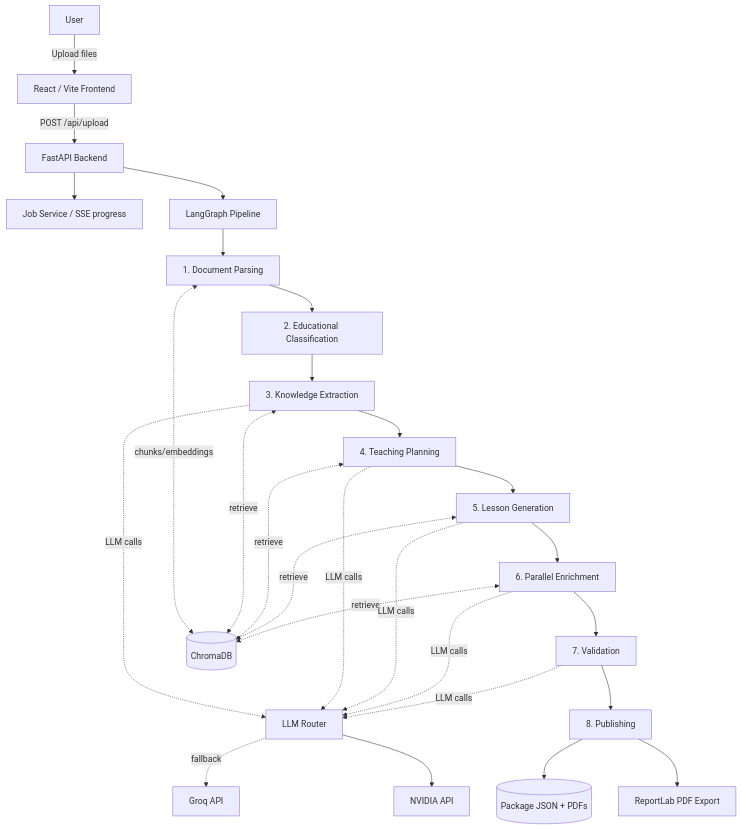
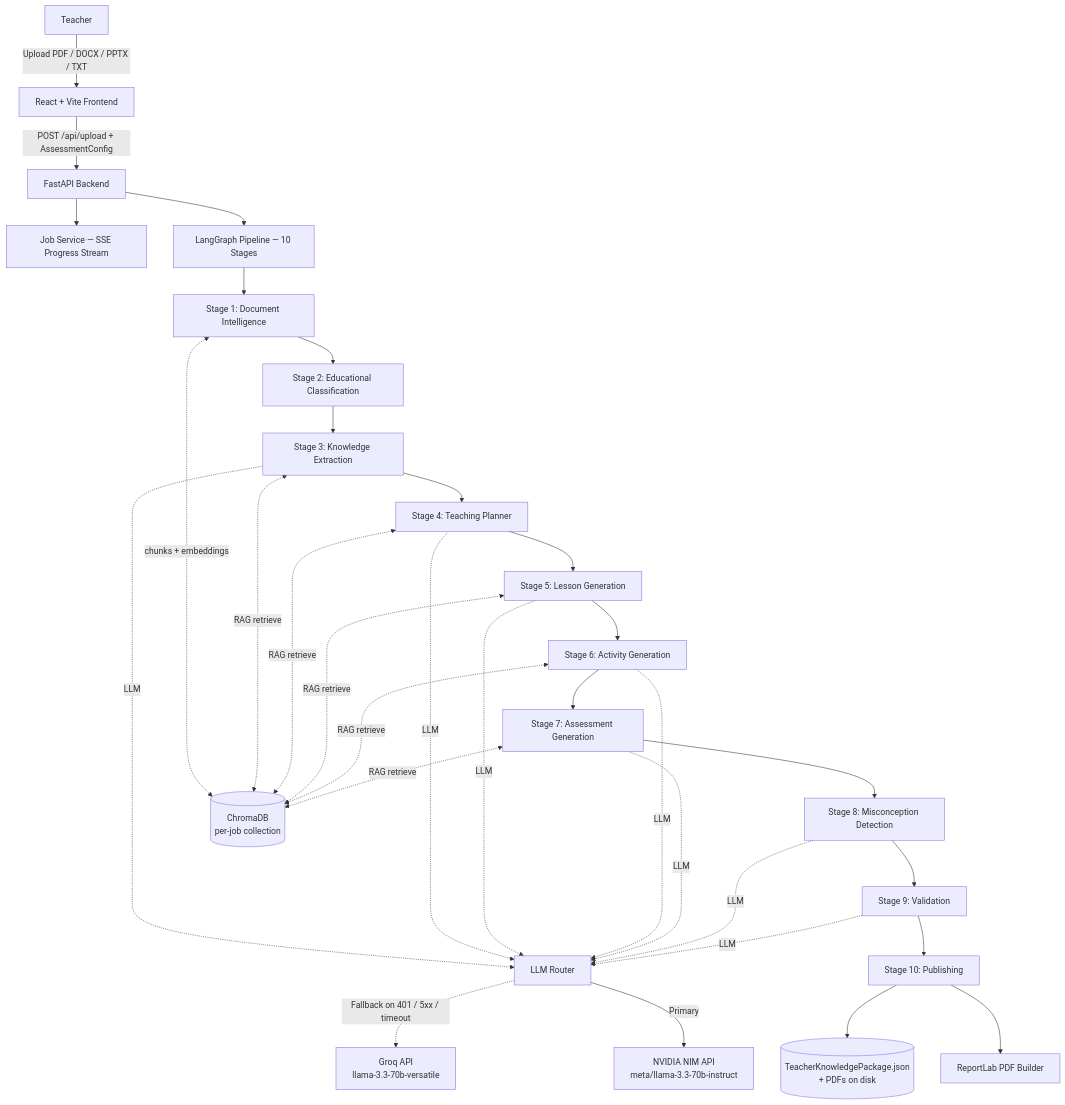
One commit to 23f1002643/GuruZ-V1 changed the diagram in README.md. Above: the diagram before and after it, drawn with Mermaid. The commit also changed other lines of this file, not shown here.

````diff
--- a/README.md
+++ b/README.md
@@ -46,33 +43,39 @@
 ```mermaid
 flowchart TD
-    U[User] -->|Upload files| FE[React / Vite Frontend]
-    FE -->|POST /api/upload| API[FastAPI Backend]
-    API --> JOB[Job Service / SSE progress]
-    API --> PIPE[LangGraph Pipeline]
+    U[Teacher] -->|Upload PDF / DOCX / PPTX / TXT| FE[React + Vite Frontend]
+    FE -->|POST /api/upload + AssessmentConfig| API[FastAPI Backend]
+    API --> JOB[Job Service — SSE Progress Stream]
+    API --> PIPE[LangGraph Pipeline — 10 Stages]
 
-    PIPE --> P1[1. Document Parsing]
-    P1 --> P2[2. Educational Classification]
-    P2 --> P3[3. Knowledge Extraction]
-    P3 --> P4[4. Teaching Planning]
-    P4 --> P5[5. Lesson Generation]
-    P5 --> P6[6. Parallel Enrichment]
-    P6 --> P7[7. Validation]
-    P7 --> P8[8. Publishing]
+    PIPE --> S1[Stage 1: Document Intelligence]
+    S1 --> S2[Stage 2: Educational Classification]
+    S2 --> S3[Stage 3: Knowledge Extraction]
+    S3 --> S4[Stage 4: Teaching Planner]
+    S4 --> S5[Stage 5: Lesson Generation]
+    S5 --> S6[Stage 6: Activity Generation]
+    S6 --> S7[Stage 7: Assessment Generation]
+    S7 --> S8[Stage 8: Misconception Detection]
+    S8 --> S9[Stage 9: Validation]
+    S9 --> S10[Stage 10: Publishing]
 
-    P1 <-.chunks/embeddings.-> CHROMA[(ChromaDB)]
-    P3 <-.retrieve.-> CHROMA
-    P4 <-.retrieve.-> CHROMA
-    P5 <-.retrieve.-> CHROMA
-    P6 <-.retrieve.-> CHROMA
+    S1 <-.chunks + embeddings.-> CHROMA[(ChromaDB\nper-job collection)]
+    S3 <-.RAG retrieve.-> CHROMA
+    S4 <-.RAG retrieve.-> CHROMA
+    S5 <-.RAG retrieve.-> CHROMA
+    S6 <-.RAG retrieve.-> CHROMA
+    S7 <-.RAG retrieve.-> CHROMA
 
-    P3 -.LLM calls.-> ROUTER[LLM Router]
-    P4 -.LLM calls.-> ROUTER
-    P5 -.LLM calls.-> ROUTER
-    P6 -.LLM calls.-> ROUTER
-    P7 -.LLM calls.-> ROUTER
-    ROUTER --> NVIDIA[NVIDIA API]
-    ROUTER -.fallback.-> GROQ[Groq API]
+    S3 -.LLM.-> ROUTER[LLM Router]
+    S4 -.LLM.-> ROUTER
+    S5 -.LLM.-> ROUTER
+    S6 -.LLM.-> ROUTER
+    S7 -.LLM.-> ROUTER
+    S8 -.LLM.-> ROUTER
+    S9 -.LLM.-> ROUTER
 
-    P8 --> PDF[ReportLab PDF Export]
-    P8 --> STORE[(Package JSON + PDFs)]
+    ROUTER -->|Primary| NVIDIA[NVIDIA NIM API\nmeta/llama-3.3-70b-instruct]
+    ROUTER -.Fallback on 401 / 5xx / timeout.-> GROQ[Groq API\nllama-3.3-70b-versatile]
+
+    S10 --> PDF[ReportLab PDF Builder]
+    S10 --> STORE[(TeacherKnowledgePackage.json\n+ PDFs on disk)]
 ```
````
